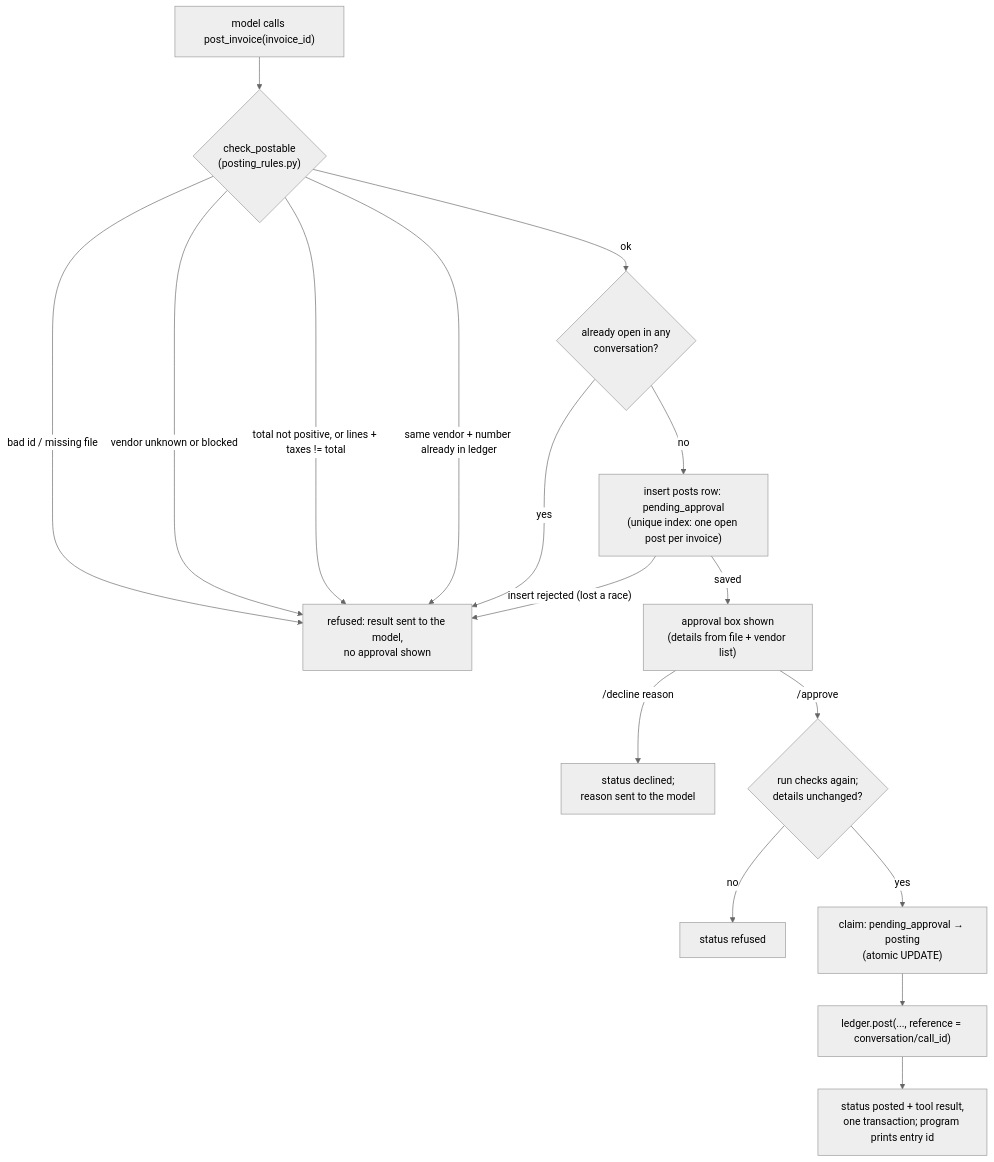
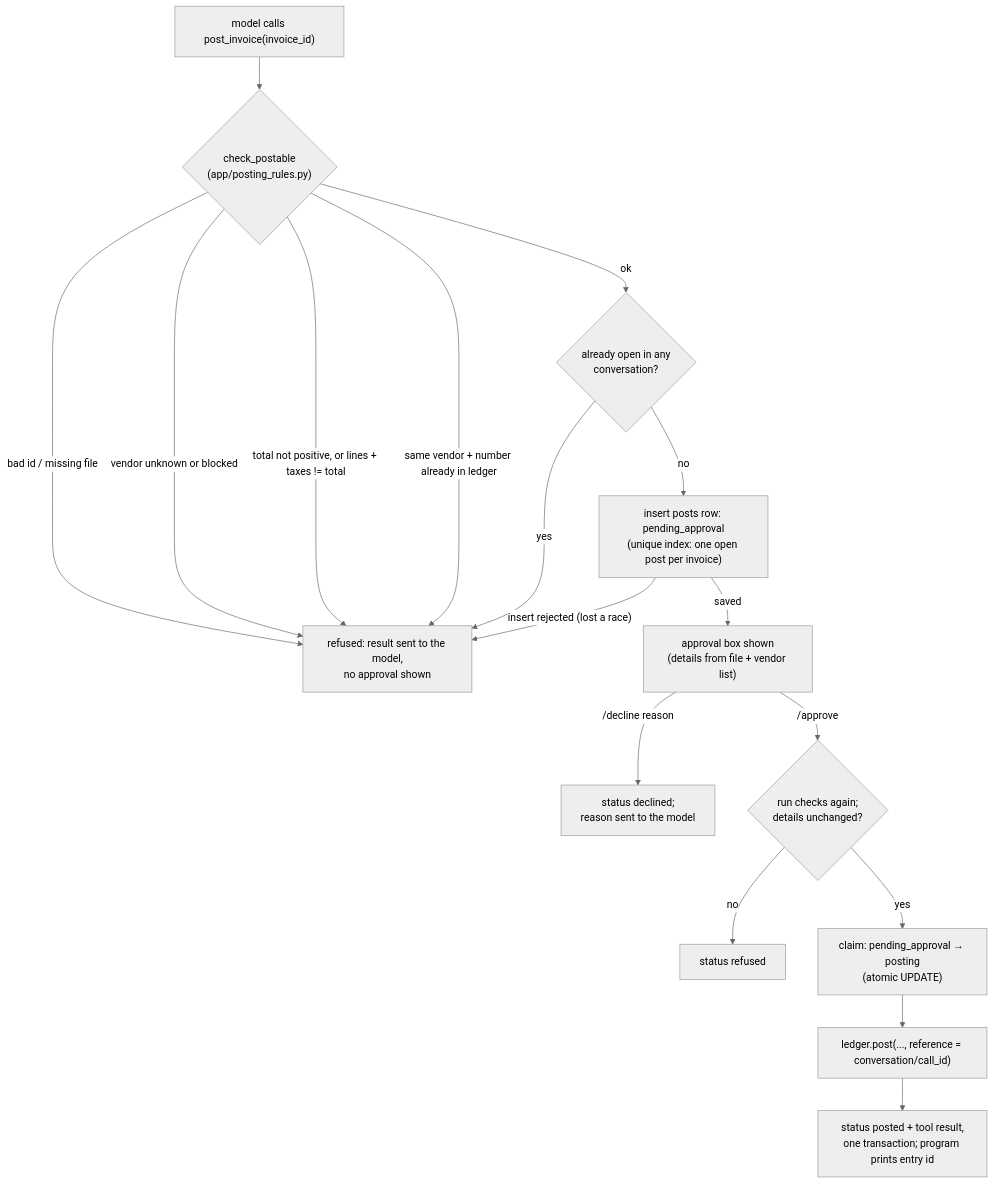
Before and after one commit to Umeshmalik/acme-ap-agent: the third of 4 diagrams in ARCHITECTURE.md, drawn with Mermaid (neutral theme). The commit also changed other lines of this file and 18 other files, not shown here.

Commit message:
Move agent internals into app/ (core, tools, posting_rules, data, store); only agent.py and ledger.py stay at the root

````diff
--- a/ARCHITECTURE.md
+++ b/ARCHITECTURE.md
@@ -153,20 +164,20 @@
 ```mermaid
 flowchart TD
-    call["model calls post_invoice(invoice_id)"] --> check{"check_postable<br/>(posting_rules.py)"}
+    call["model calls post_invoice(invoice_id)"] --> check{"check_postable<br/>(app/posting_rules.py)"}
     check -- "bad id / missing file" --> refuse
     check -- "vendor unknown or blocked" --> refuse
     check -- "total not positive, or lines + taxes != total" --> refuse
     check -- "same vendor + number already in ledger" --> refuse
     check -- ok --> open{"already open in any<br/>conversation?"}
     open -- yes --> refuse
     open -- no --> insert["insert posts row: pending_approval<br/>(unique index: one open post per invoice)"]
     insert -- "insert rejected (lost a race)" --> refuse
     insert -- saved --> box["approval box shown<br/>(details from file + vendor list)"]
     box -- "/decline reason" --> declined["status declined;<br/>reason sent to the model"]
     box -- "/approve" --> recheck{"run checks again;<br/>details unchanged?"}
     recheck -- no --> refused2["status refused"]
     recheck -- yes --> claim["claim: pending_approval → posting<br/>(atomic UPDATE)"]
     claim --> post["ledger.post(..., reference = conversation/call_id)"]
     post --> posted["status posted + tool result,<br/>one transaction; program prints entry id"]
     refuse["refused: result sent to the model,<br/>no approval shown"]
 ```
````
